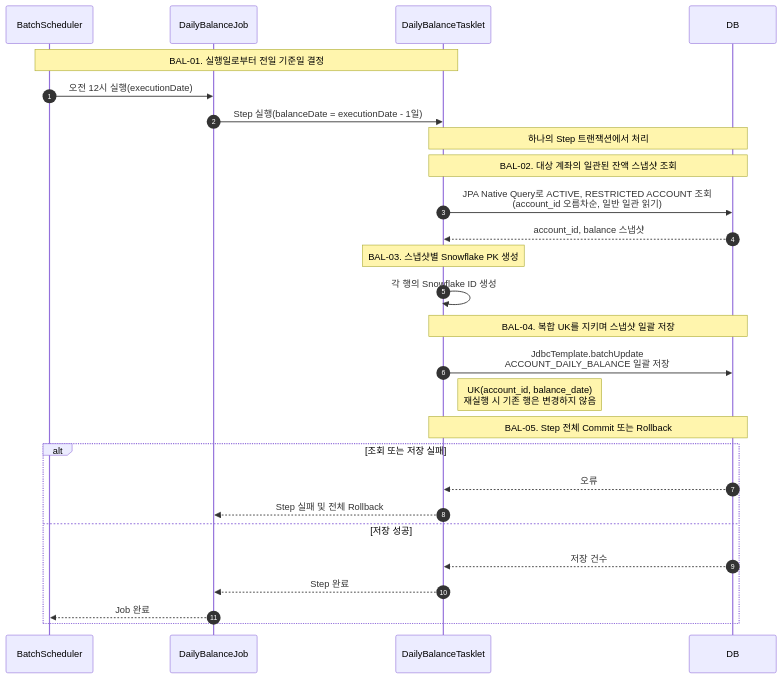
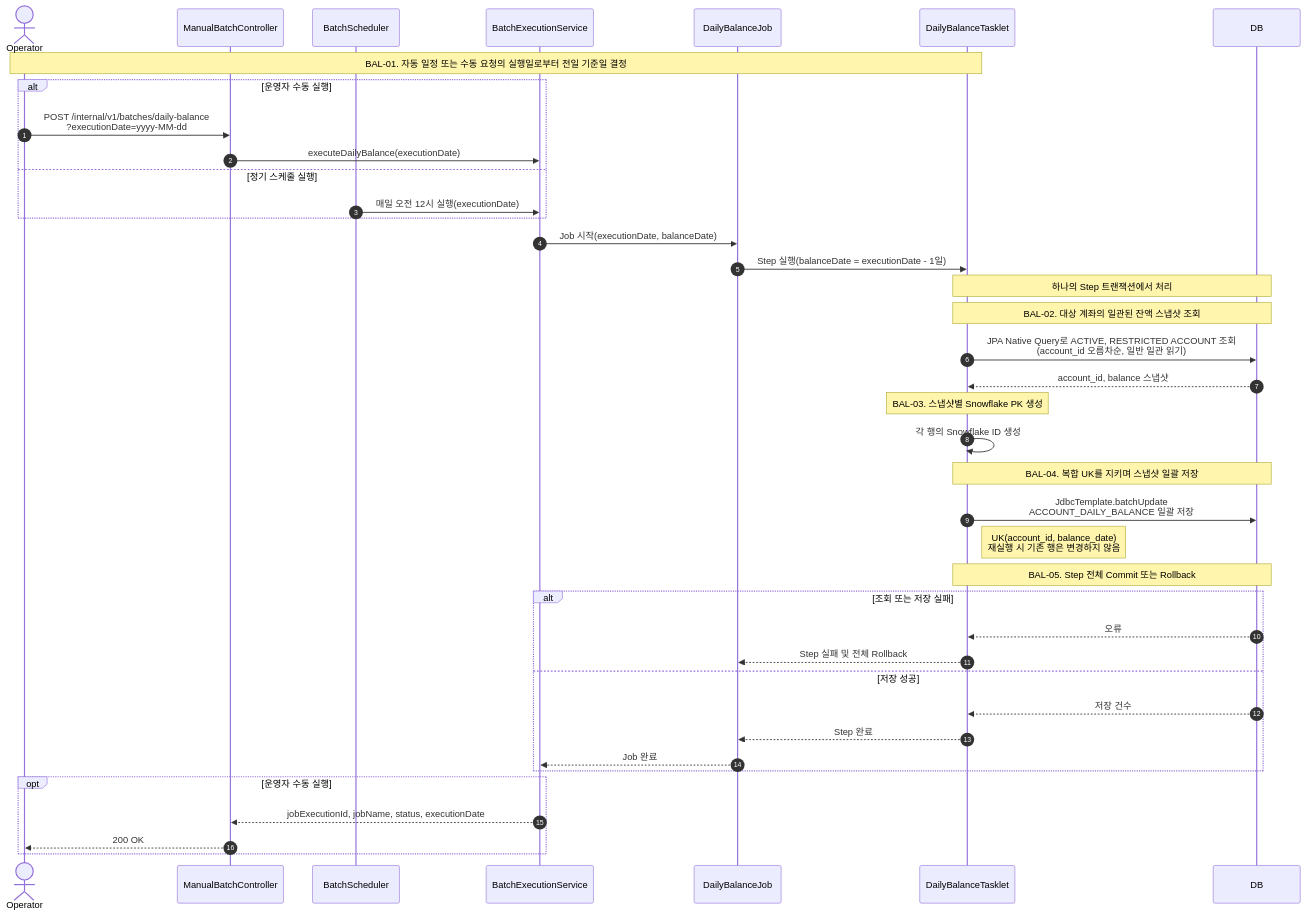
One commit to ChangHyun-Yoo/coinbox changed the fifth of 6 diagrams in docs/02_SEQUENCE_DIAGRAM.md. Above: the diagram before and after it, drawn with Mermaid. The commit also changed other lines of this file and 25 other files, not shown here.

````diff
--- a/docs/02_SEQUENCE_DIAGRAM.md
+++ b/docs/02_SEQUENCE_DIAGRAM.md
@@ -378,32 +380,45 @@
 ```mermaid
 sequenceDiagram
     autonumber
+    actor Operator
+    participant Controller as ManualBatchController
     participant Scheduler as BatchScheduler
+    participant Executor as BatchExecutionService
     participant Job as DailyBalanceJob
     participant Tasklet as DailyBalanceTasklet
     participant DB as DB
 
-    Note over Scheduler,Tasklet: BAL-01. 실행일로부터 전일 기준일 결정
-    Scheduler->>Job: 오전 12시 실행(executionDate)
+    Note over Operator,Tasklet: BAL-01. 자동 일정 또는 수동 요청의 실행일로부터 전일 기준일 결정
+    alt 운영자 수동 실행
+        Operator->>Controller: POST /internal/v1/batches/daily-balance<br/>?executionDate=yyyy-MM-dd
+        Controller->>Executor: executeDailyBalance(executionDate)
+    else 정기 스케줄 실행
+        Scheduler->>Executor: 매일 오전 12시 실행(executionDate)
+    end
+    Executor->>Job: Job 시작(executionDate, balanceDate)
     Job->>Tasklet: Step 실행(balanceDate = executionDate - 1일)
     Note over Tasklet,DB: 하나의 Step 트랜잭션에서 처리
 
     Note over Tasklet,DB: BAL-02. 대상 계좌의 일관된 잔액 스냅샷 조회
     Tasklet->>DB: JPA Native Query로 ACTIVE, RESTRICTED ACCOUNT 조회<br/>(account_id 오름차순, 일반 일관 읽기)
     DB-->>Tasklet: account_id, balance 스냅샷
     Note over Tasklet: BAL-03. 스냅샷별 Snowflake PK 생성
     Tasklet->>Tasklet: 각 행의 Snowflake ID 생성
     Note over Tasklet,DB: BAL-04. 복합 UK를 지키며 스냅샷 일괄 저장
     Tasklet->>DB: JdbcTemplate.batchUpdate<br/>ACCOUNT_DAILY_BALANCE 일괄 저장
     Note right of Tasklet: UK(account_id, balance_date)<br/>재실행 시 기존 행은 변경하지 않음
 
     Note over Tasklet,DB: BAL-05. Step 전체 Commit 또는 Rollback
     alt 조회 또는 저장 실패
         DB-->>Tasklet: 오류
         Tasklet-->>Job: Step 실패 및 전체 Rollback
     else 저장 성공
         DB-->>Tasklet: 저장 건수
         Tasklet-->>Job: Step 완료
-        Job-->>Scheduler: Job 완료
+        Job-->>Executor: Job 완료
+    end
+    opt 운영자 수동 실행
+        Executor-->>Controller: jobExecutionId, jobName, status, executionDate
+        Controller-->>Operator: 200 OK
     end
 ```
````
